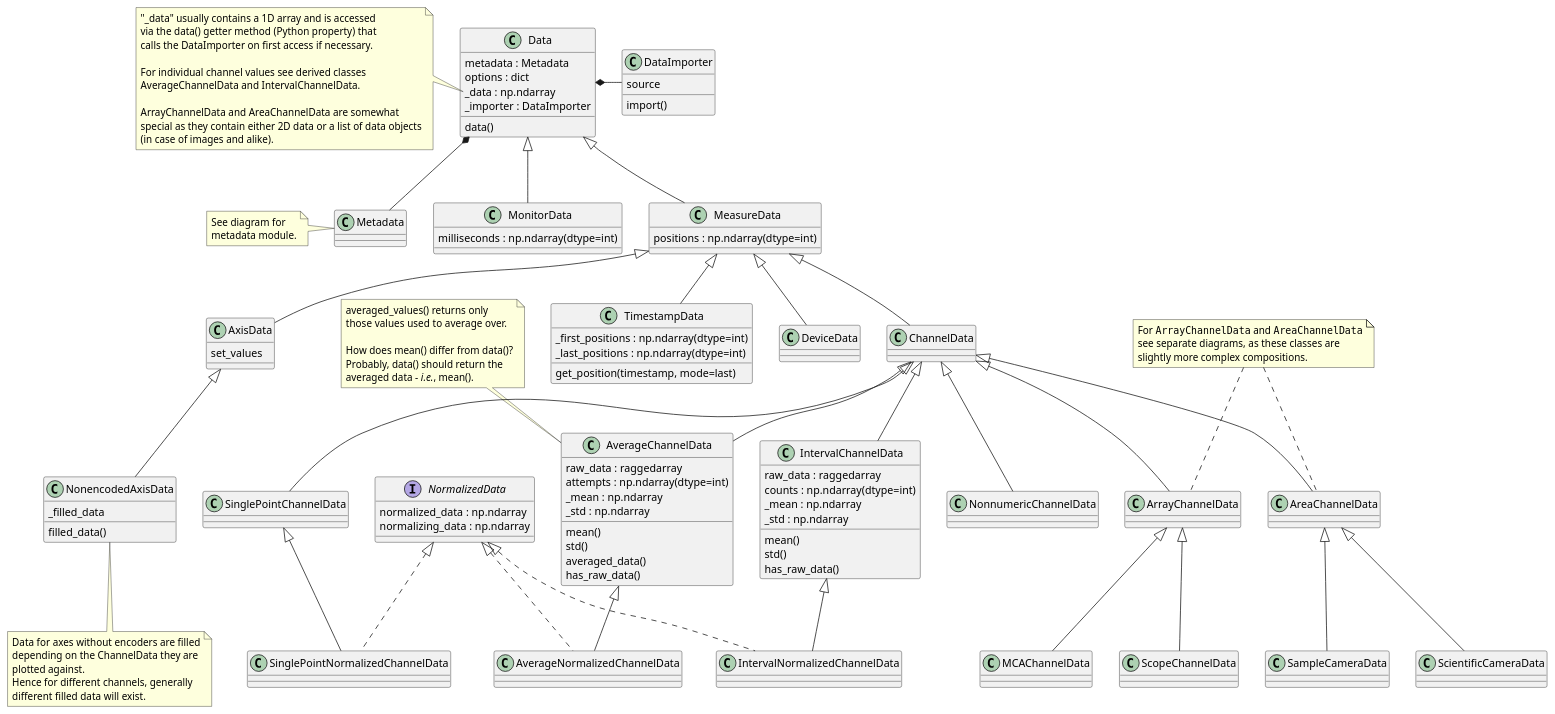
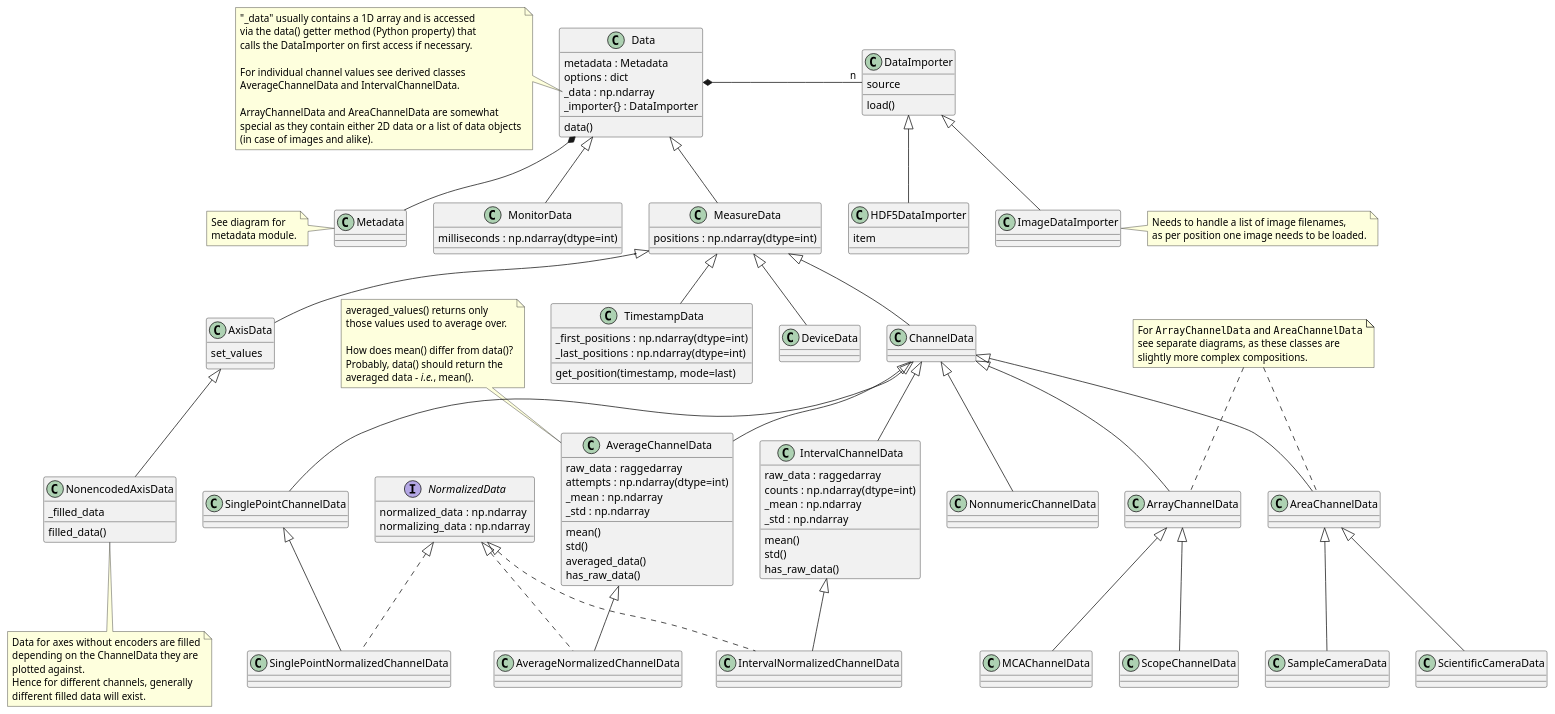
The diagram in docs/uml/evedata.evefile.data.puml (tillbiskup/evedata), drawn with PlantUML before and after one commit. The commit also changed 8 other files, not shown here.

Commit message:
Add DataImporter classes; EveH5.get_items() method

```diff
--- a/docs/uml/evedata.evefile.data.puml
+++ b/docs/uml/evedata.evefile.data.puml
@@ -1,152 +1,165 @@
 @startuml
 'skinparam dpi 150
 
 class Data {
     metadata : Metadata
     options : dict
     _data : np.ndarray
-    _importer : DataImporter
+    _importer{} : DataImporter
     data()
 }
 note left of Data::_data
     "_data" usually contains a 1D array and is accessed
     via the data() getter method (Python property) that
     calls the DataImporter on first access if necessary.
 
     For individual channel values see derived classes
     AverageChannelData and IntervalChannelData.
 
     ArrayChannelData and AreaChannelData are somewhat
     special as they contain either 2D data or a list of data objects
     (in case of images and alike).
 end note
 
 class DataImporter {
     source
-    import()
+    load()
 }
+
+class HDF5DataImporter extends DataImporter {
+    item
+}
+
+class ImageDataImporter extends DataImporter
+
+note right of ImageDataImporter
+    Needs to handle a list of image filenames,
+    as per position one image needs to be loaded.
+end note
+
+HDF5DataImporter -[hidden]> ImageDataImporter
 
 class Metadata {
 }
 note left: See diagram for\nmetadata module.
 
-Data *- DataImporter
+Data *- "n" DataImporter
 Data *-- Metadata
 
 class MeasureData extends Data {
     {field} positions : np.ndarray(dtype=int)
 }
 
 class MonitorData extends Data {
     {field} milliseconds : np.ndarray(dtype=int)
 }
 
 Metadata -[hidden]> MonitorData
 MonitorData -[hidden]> MeasureData
 
 class DeviceData extends MeasureData
 
 class AxisData extends MeasureData {
     set_values
 }
 
 class NonencodedAxisData extends AxisData {
     _filled_data
     filled_data()
 }
 note bottom of NonencodedAxisData
     Data for axes without encoders are filled
     depending on the ChannelData they are
     plotted against.
     Hence for different channels, generally
     different filled data will exist.
 endnote
 
 class ChannelData extends MeasureData {
 }
 
 class TimestampData extends MeasureData {
     {field} _first_positions : np.ndarray(dtype=int)
     {field} _last_positions : np.ndarray(dtype=int)
     get_position(timestamp, mode=last)
 }
 
 class NonnumericChannelData extends ChannelData {}
 
 'Help layout a bit
 NonnumericChannelData -[hidden]> SinglePointChannelData
 SinglePointChannelData -[hidden]> AverageChannelData
 AverageChannelData -[hidden]> IntervalChannelData
 IntervalChannelData -[hidden]> ArrayChannelData
 ArrayChannelData -[hidden]> AreaChannelData
 
 class SinglePointChannelData extends ChannelData {}
 
 interface NormalizedData {
     normalized_data : np.ndarray
     normalizing_data : np.ndarray
 }
 
 class SinglePointNormalizedChannelData extends SinglePointChannelData implements NormalizedData {
 }
 
 class AverageChannelData extends ChannelData {
     raw_data : raggedarray
     {field} attempts : np.ndarray(dtype=int)
     _mean : np.ndarray
     _std : np.ndarray
     mean()
     std()
     averaged_data()
     has_raw_data()
 }
 note top of AverageChannelData
     averaged_values() returns only
     those values used to average over.
 
     How does mean() differ from data()?
     Probably, data() should return the
     averaged data - <i>i.e.</i>, mean().
 end note
 
 class AverageNormalizedChannelData extends AverageChannelData implements NormalizedData {
 }
 
 
 class IntervalChannelData extends ChannelData {
     raw_data : raggedarray
     {field} counts : np.ndarray(dtype=int)
     _mean : np.ndarray
     _std : np.ndarray
     mean()
     std()
     has_raw_data()
 }
 
 class IntervalNormalizedChannelData extends IntervalChannelData implements NormalizedData {
 }
 
 class ArrayChannelData extends ChannelData {
 }
 
 class MCAChannelData extends ArrayChannelData
 
 class ScopeChannelData extends ArrayChannelData
 
 class AreaChannelData extends ChannelData {
 }
 
 class SampleCameraData extends AreaChannelData
 
 class ScientificCameraData extends AreaChannelData
 
 note as array_area_channels_note
     For ""ArrayChannelData"" and ""AreaChannelData""
     see separate diagrams, as these classes are
     slightly more complex compositions.
 end note
 
 AreaChannelData .up. array_area_channels_note
 ArrayChannelData .up. array_area_channels_note
 
 @enduml
```
